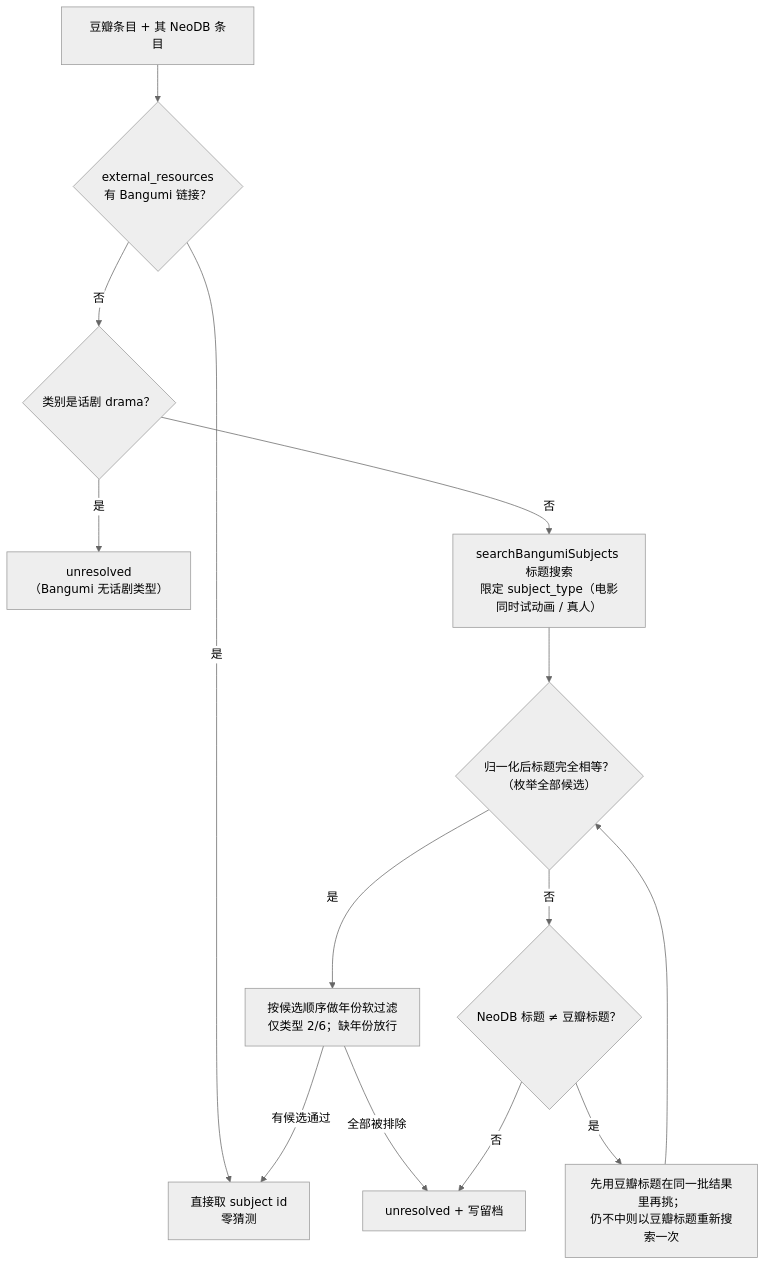
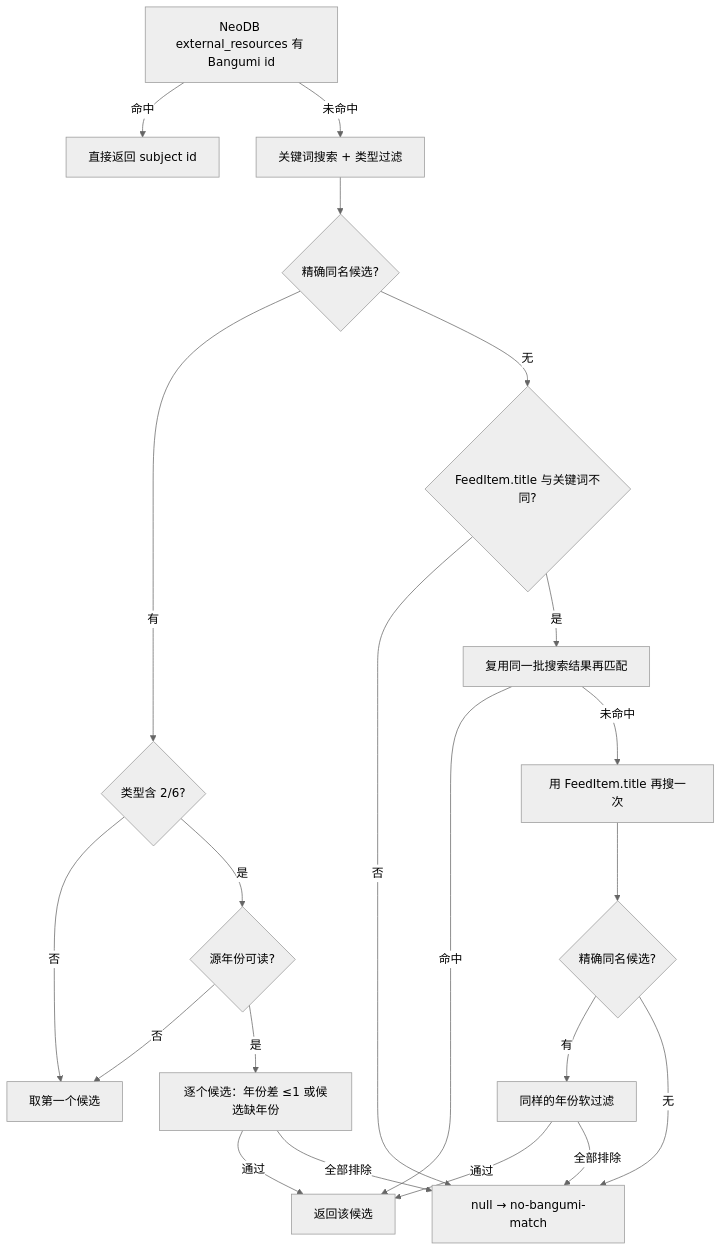
One commit to sachikoakina/Audiovisual-Transporter changed the second of 4 diagrams in README.md. Above: the diagram before and after it, drawn with Mermaid (neutral theme). The commit also changed other lines of this file and 45 other files, not shown here.

````diff
--- a/README.md
+++ b/README.md
@@ -278,16 +89,23 @@
 ```mermaid
 flowchart TD
-    A["豆瓣条目 + 其 NeoDB 条目"] --> B{"external_resources<br/>有 Bangumi 链接？"}
-    B -->|是| C["直接取 subject id<br/>零猜测"]
-    B -->|否| D{"类别是话剧 drama？"}
-    D -->|是| E["unresolved<br/>（Bangumi 无话剧类型）"]
-    D -->|否| F["searchBangumiSubjects 标题搜索<br/>限定 subject_type（电影同时试动画 / 真人）"]
-    F --> G{"归一化后标题完全相等？<br/>（枚举全部候选）"}
-    G -->|是| K["按候选顺序做年份软过滤<br/>仅类型 2/6；缺年份放行"]
-    K -->|有候选通过| C
-    K -->|全部被排除| J
-    G -->|否| H{"NeoDB 标题 ≠ 豆瓣标题？"}
-    H -->|是| I["先用豆瓣标题在同一批结果里再挑；<br/>仍不中则以豆瓣标题重新搜索一次"]
-    H -->|否| J["unresolved + 写留档"]
-    I --> G
+  A["NeoDB external_resources 有 Bangumi id"] -->|命中| Z["直接返回 subject id"]
+  A -->|未命中| B["关键词搜索 + 类型过滤"]
+  B --> C{"精确同名候选?"}
+  C -->|有| Y{"类型含 2/6?"}
+  Y -->|否| Z2["取第一个候选"]
+  Y -->|是| YR{"源年份可读?"}
+  YR -->|否| Z2
+  YR -->|是| YS["逐个候选：年份差 ≤1 或候选缺年份"]
+  YS -->|通过| Z3["返回该候选"]
+  YS -->|全部排除| N["null → no-bangumi-match"]
+  C -->|无| D{"FeedItem.title 与关键词不同?"}
+  D -->|否| N
+  D -->|是| E["复用同一批搜索结果再匹配"]
+  E -->|命中| Z3
+  E -->|未命中| F["用 FeedItem.title 再搜一次"]
+  F --> G{"精确同名候选?"}
+  G -->|有| Y2["同样的年份软过滤"]
+  Y2 -->|通过| Z3
+  G -->|无| N
+  Y2 -->|全部排除| N
 ```
````
